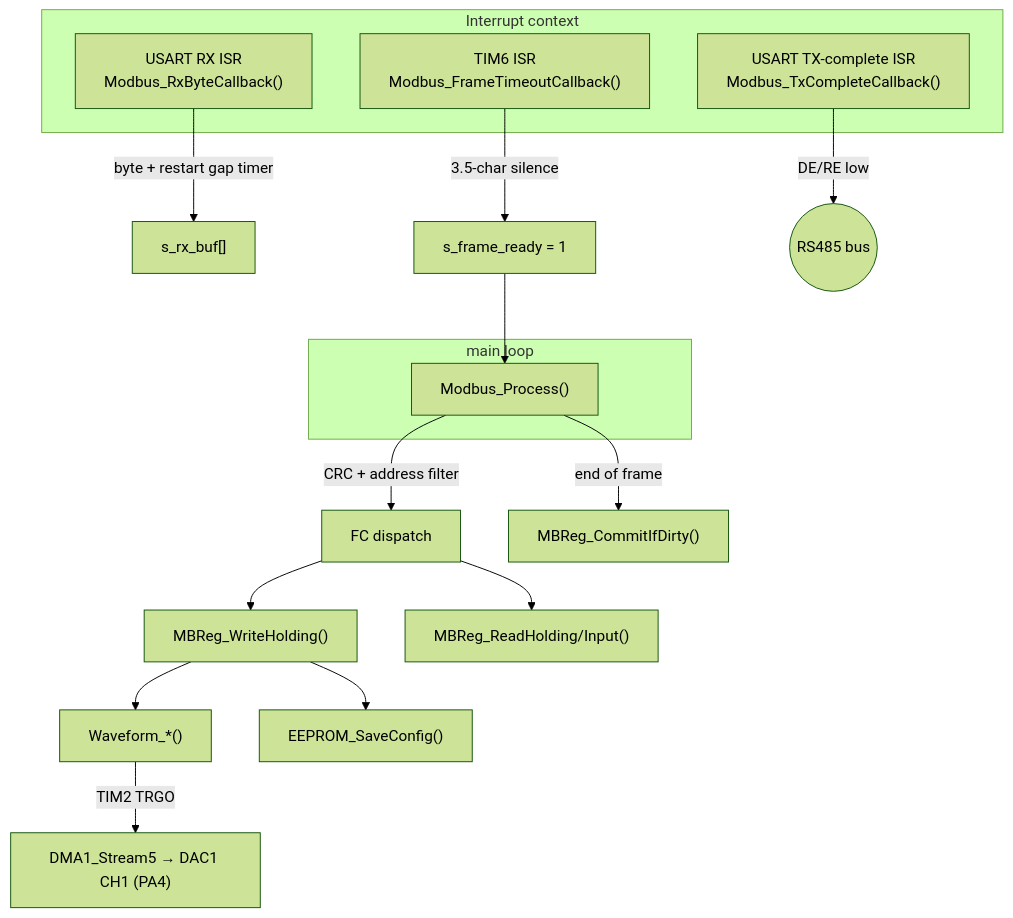
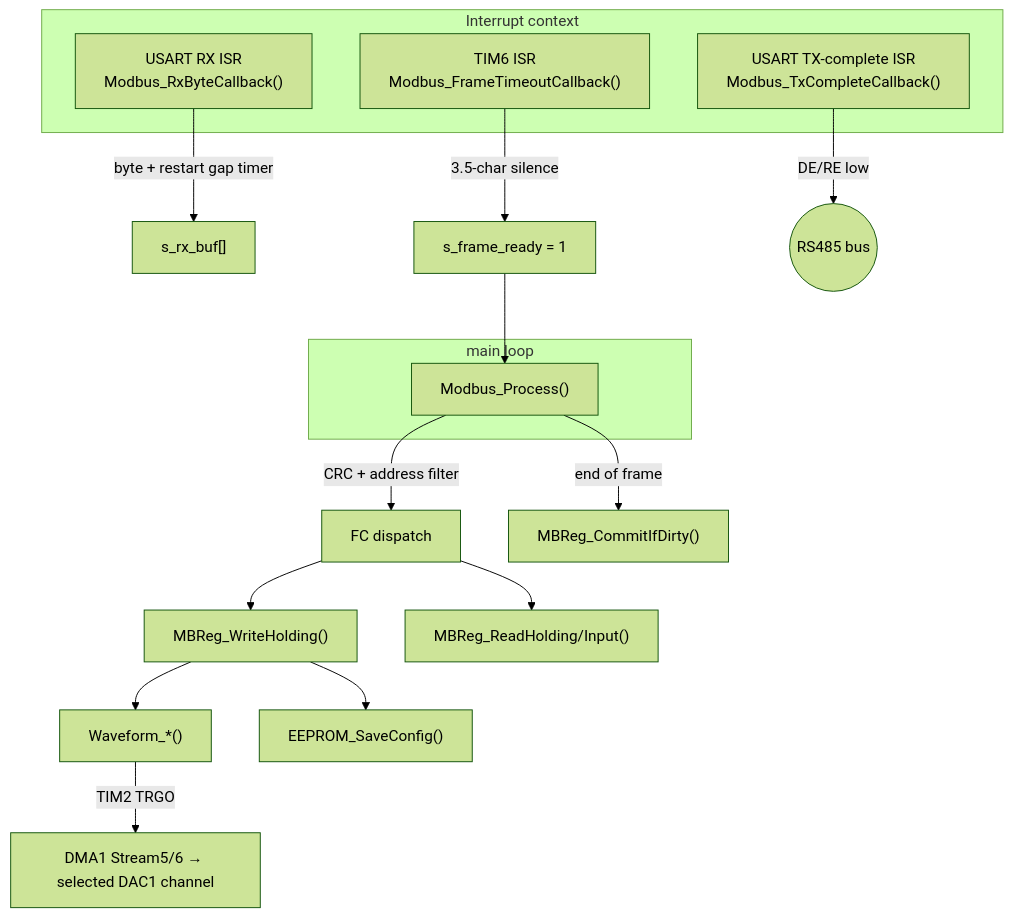
The first of 2 diagrams in docs/stm32-waveform-node-spec.md (subear70/jm-firmware), drawn with Mermaid (forest theme) before and after one commit. The commit also changed other lines of this file and 125 other files, not shown here.

Commit message:
Release v1.0.2: add DAC channel selection

````diff
--- a/docs/stm32-waveform-node-spec.md
+++ b/docs/stm32-waveform-node-spec.md
@@ -75,22 +79,22 @@
 ```mermaid
 flowchart TD
     subgraph ISR["Interrupt context"]
         RX["USART RX ISR\nModbus_RxByteCallback()"]
         T6["TIM6 ISR\nModbus_FrameTimeoutCallback()"]
         TX["USART TX-complete ISR\nModbus_TxCompleteCallback()"]
     end
     RX -->|byte + restart gap timer| BUF["s_rx_buf[]"]
     T6 -->|3.5-char silence| RDY["s_frame_ready = 1"]
     RDY --> PROC
     subgraph MAIN["main loop"]
         PROC["Modbus_Process()"]
     end
     PROC -->|CRC + address filter| DISP["FC dispatch"]
     DISP --> REGW["MBReg_WriteHolding()"]
     DISP --> REGR["MBReg_ReadHolding/Input()"]
     REGW --> WF["Waveform_*()"]
     REGW --> EEP["EEPROM_SaveConfig()"]
     PROC -->|end of frame| COMMIT["MBReg_CommitIfDirty()"]
-    WF -->|TIM2 TRGO| DMA["DMA1_Stream5 → DAC1 CH1 (PA4)"]
+    WF -->|TIM2 TRGO| DMA["DMA1 Stream5/6 → selected DAC1 channel"]
     TX -->|DE/RE low| BUS(("RS485 bus"))
 ```
````
